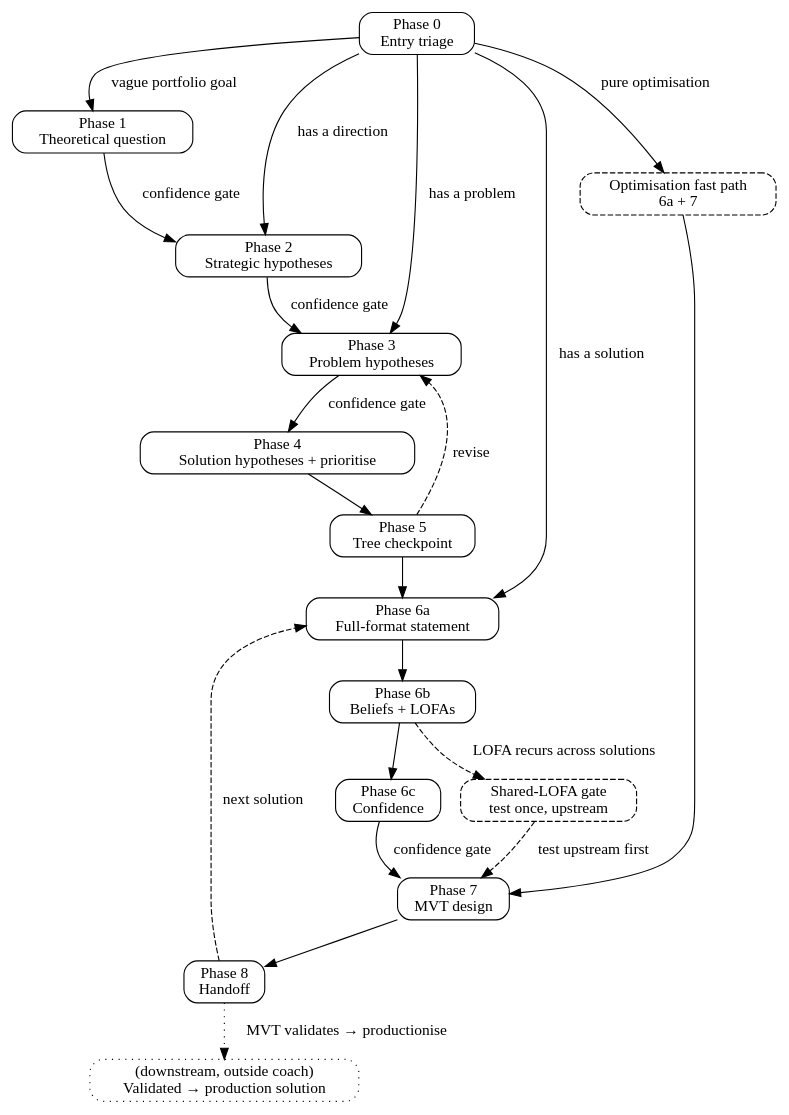
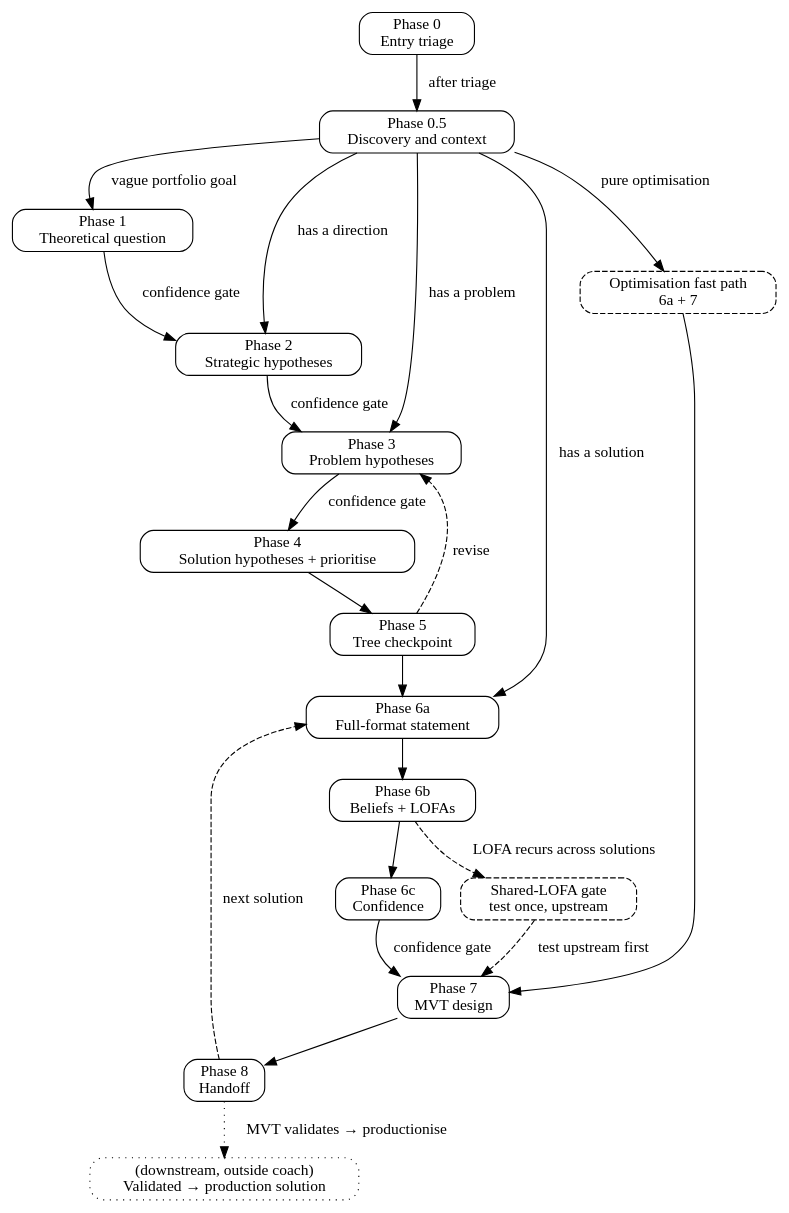
The first of 2 diagrams in SKILL.md (brubinsztein/strategic-experimentation-coach), drawn with Graphviz before and after one commit. The commit also changed other lines of this file and 7 other files, not shown here.

First line of the commit message:
feat: v1.2 discovery phase, probe-don't-assume, funnel decomposition

````diff
--- a/SKILL.md
+++ b/SKILL.md
@@ -69,36 +72,38 @@
 ```dot
 digraph spine {
     rankdir=TB; node [shape=box, style=rounded];
     P0 [label="Phase 0\nEntry triage"];
+    P05 [label="Phase 0.5\nDiscovery and context"];
     P1 [label="Phase 1\nTheoretical question"];
     P2 [label="Phase 2\nStrategic hypotheses"];
     P3 [label="Phase 3\nProblem hypotheses"];
     P4 [label="Phase 4\nSolution hypotheses + prioritise"];
     P5 [label="Phase 5\nTree checkpoint"];
     P6a [label="Phase 6a\nFull-format statement"];
     P6b [label="Phase 6b\nBeliefs + LOFAs"];
     P6c [label="Phase 6c\nConfidence"];
     P7 [label="Phase 7\nMVT design"];
     P8 [label="Phase 8\nHandoff"];
     Prod [label="(downstream, outside coach)\nValidated → production solution", shape=box, style="rounded,dotted"];
     SharedLOFA [label="Shared-LOFA gate\ntest once, upstream", shape=box, style="rounded,dashed"];
     FastPath [label="Optimisation fast path\n6a + 7", shape=box, style="rounded,dashed"];
 
-    P0 -> P1 [label="vague portfolio goal"];
-    P0 -> P2 [label="has a direction"];
-    P0 -> P3 [label="has a problem"];
-    P0 -> P6a [label="has a solution"];
-    P0 -> FastPath [label="pure optimisation"];
+    P0 -> P05 [label="after triage"];
+    P05 -> P1 [label="vague portfolio goal"];
+    P05 -> P2 [label="has a direction"];
+    P05 -> P3 [label="has a problem"];
+    P05 -> P6a [label="has a solution"];
+    P05 -> FastPath [label="pure optimisation"];
     P1 -> P2 [label="confidence gate"];
     P2 -> P3 [label="confidence gate"];
     P3 -> P4 [label="confidence gate"];
     P6c -> P7 [label="confidence gate"];
     P4 -> P5 -> P6a -> P6b -> P6c; P7 -> P8;
     P6b -> SharedLOFA [label="LOFA recurs across solutions", style=dashed];
     SharedLOFA -> P7 [label="test upstream first", style=dashed];
     P5 -> P3 [label="revise", style=dashed];
     P8 -> P6a [label="next solution", style=dashed];
     P8 -> Prod [label="MVT validates → productionise", style=dotted];
     FastPath -> P7;
 }
 ```
````
